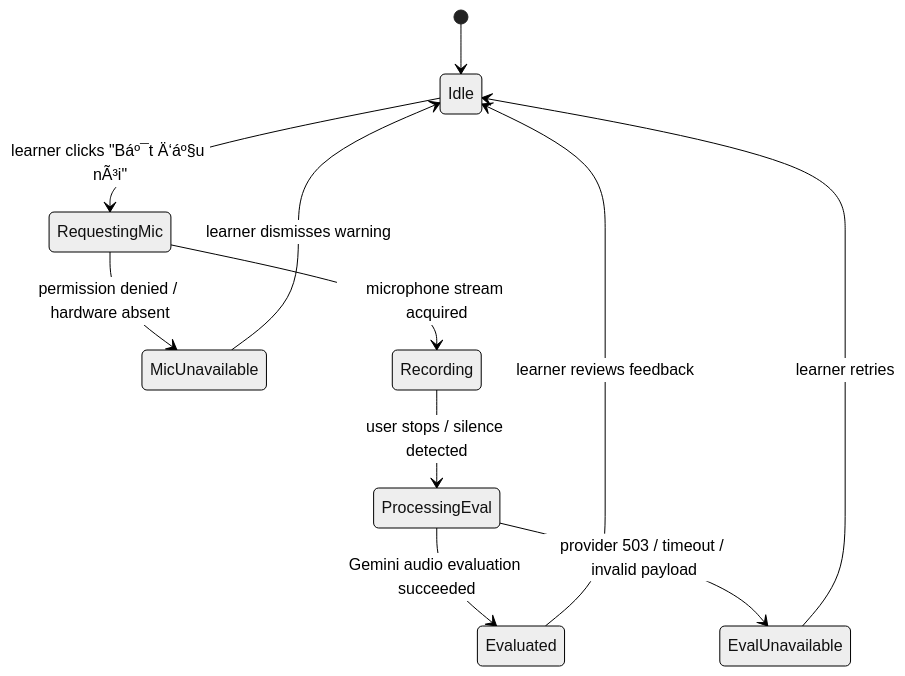
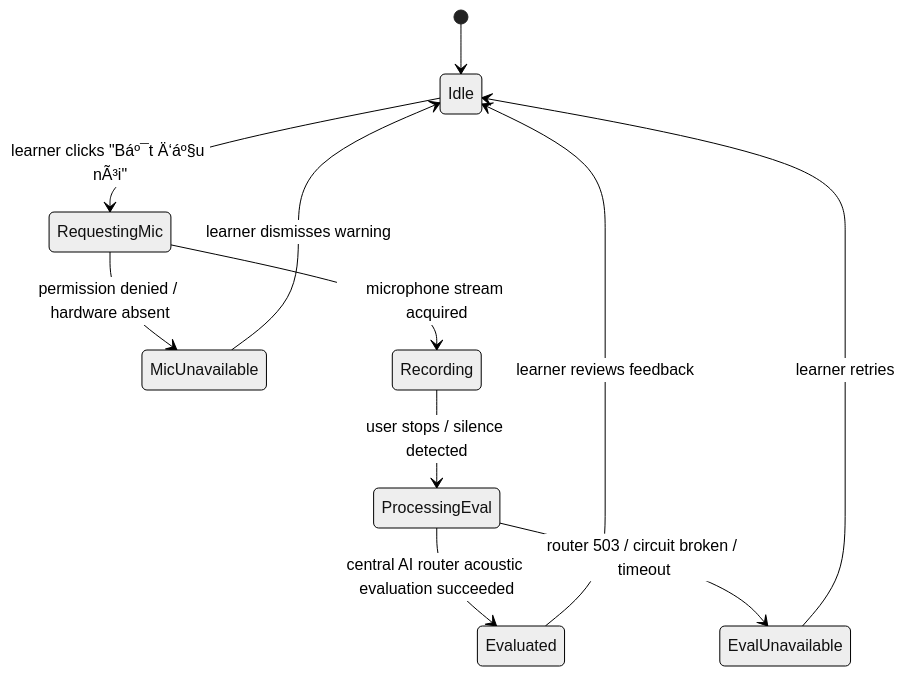
One commit to NguyenDukKyeon/Omni_IELTS changed the fourth of 5 diagrams in docs/superpowers/specs/2026-09-04-omni-media-learning-room-design.md. Above: the diagram before and after it, drawn with Mermaid (neutral theme). The commit also changed other lines of this file and 2 other files, not shown here.

Commit message:
docs(p04): correct Media handoff and provider boundaries

````diff
--- a/docs/superpowers/specs/2026-09-04-omni-media-learning-room-design.md
+++ b/docs/superpowers/specs/2026-09-04-omni-media-learning-room-design.md
@@ -347,13 +371,13 @@
 ```mermaid
 stateDiagram-v2
     [*] --> Idle
     Idle --> RequestingMic : learner clicks "Báº¯t Ä‘áº§u nÃ³i"
     RequestingMic --> MicUnavailable : permission denied / hardware absent
     RequestingMic --> Recording : microphone stream acquired
     Recording --> ProcessingEval : user stops / silence detected
-    ProcessingEval --> Evaluated : Gemini audio evaluation succeeded
-    ProcessingEval --> EvalUnavailable : provider 503 / timeout / invalid payload
+    ProcessingEval --> Evaluated : central AI router acoustic evaluation succeeded
+    ProcessingEval --> EvalUnavailable : router 503 / circuit broken / timeout
     Evaluated --> Idle : learner reviews feedback
     MicUnavailable --> Idle : learner dismisses warning
     EvalUnavailable --> Idle : learner retries
 ```
````
